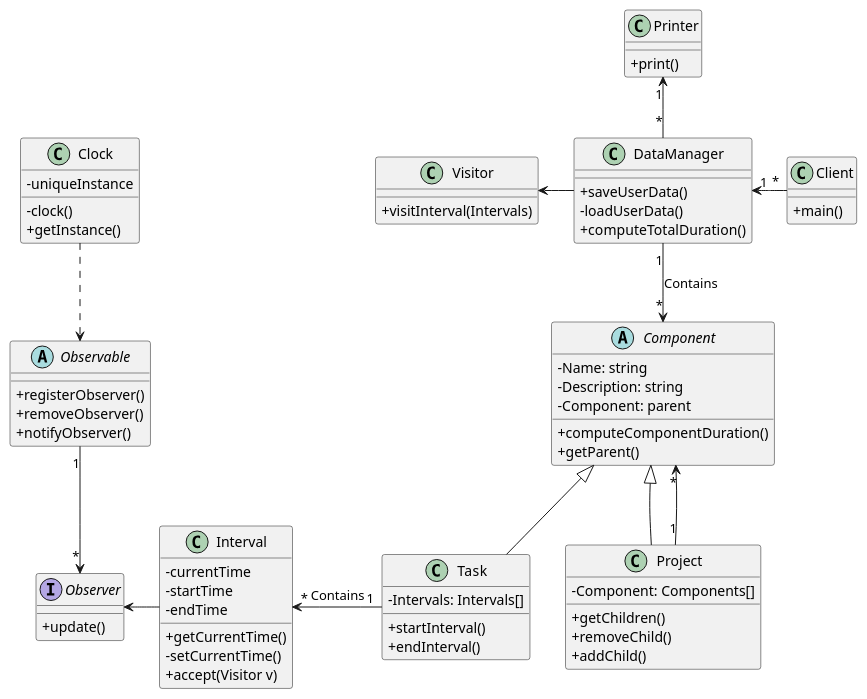
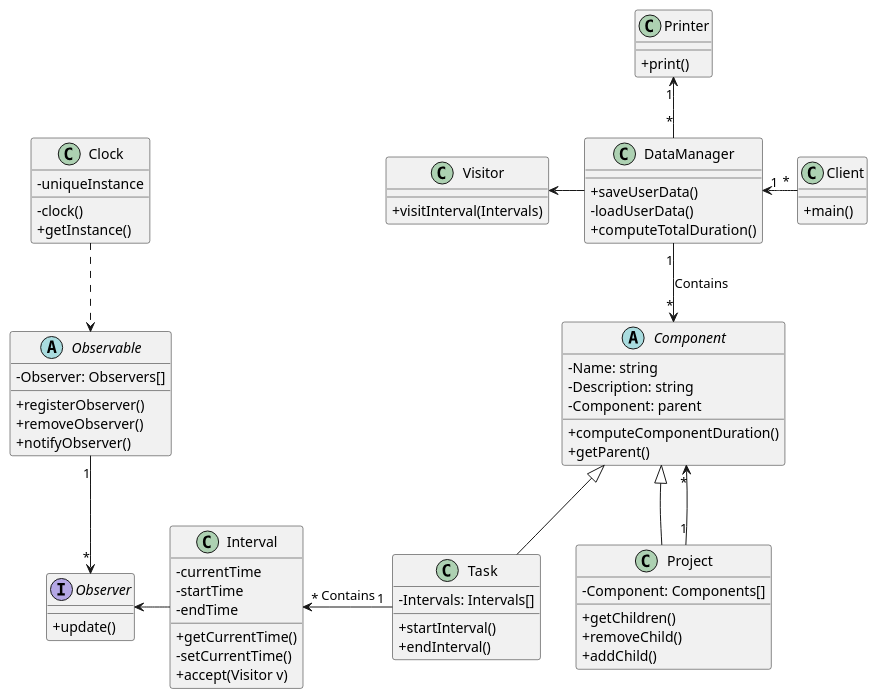
One commit to quimcamprubi/DS_Time_Tracker changed the diagram in Time_Tracker/DSTimeTracker.puml. Above: the diagram before and after it, drawn with PlantUML.

Commit message:
canvis disseny

```diff
--- a/Time_Tracker/DSTimeTracker.puml
+++ b/Time_Tracker/DSTimeTracker.puml
@@ -1,84 +1,85 @@
 @startuml 
 
 skinparam classAttributeIconSize 0
 skinparam linetype polyline
 
 abstract class Component {
 - Name: string
 - Description: string
 - Component: parent
 + computeComponentDuration()
 + getParent()
 }
 
 class Project extends Component {
 - Component: Components[]
 + getChildren()
 + removeChild()
 + addChild()
 }
 
 
 class Task extends Component {
 - Intervals: Intervals[]
 + startInterval()
 + endInterval()
 }
 
 class Visitor{
 + visitInterval(Intervals)
 }
 
 
 class Interval{
 - currentTime
 - startTime
 - endTime
 + getCurrentTime()
 - setCurrentTime()
 + accept(Visitor v)
 
 }
 
 Interface Observer{
 + update()
 }
 
 abstract class Observable {
+- Observer: Observers[]
 + registerObserver()
 + removeObserver()
 + notifyObserver()
 }
 
 class Clock {
 - uniqueInstance
 - clock()
 + getInstance()
 }
 
 class Client{
 + main()
 }
 
 class DataManager{  
 + saveUserData()
 - loadUserData()
 + computeTotalDuration()
 }
 
 Class Printer{
 + print()
 }
 
 Visitor <-right- DataManager
 DataManager "1" -down-> "*" Component: Contains
 Project "1" --> "*" Component
 Client "*" -left-> "1" DataManager
 Task "1" -left-> "*" Interval:Contains
 Clock .down.> Observable
 Observable "1" -Down-> "*" Observer
 Interval -left-> Observer
 DataManager "*" -up-> "1" Printer
 Task -[hidden]right-> Project
 
 @enduml
```
